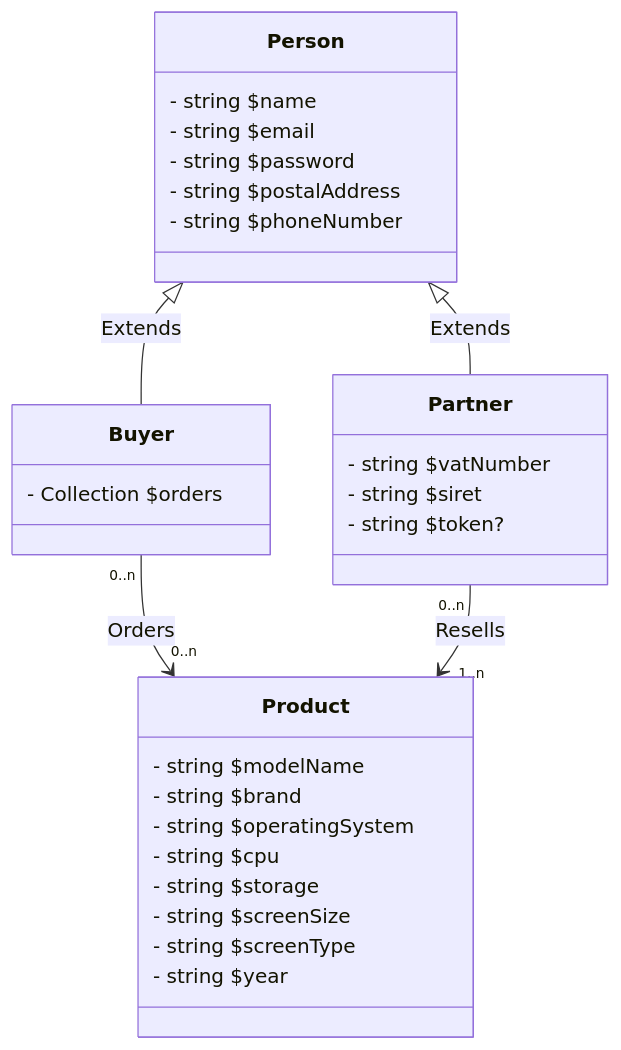
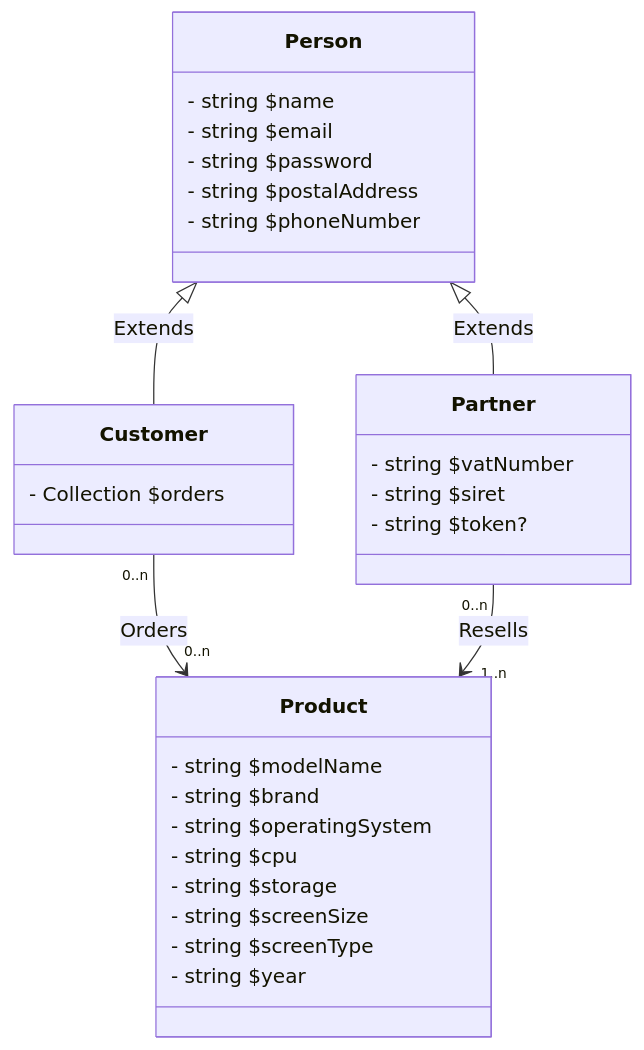
The diagram in doc/diagrams/classes.md (Palingenae/OC-P7-BileMo), drawn with Mermaid before and after one commit. The commit also changed 1 other file, not shown here.

Commit message:
fix: rename buyer to customer

````diff
--- a/doc/diagrams/classes.md
+++ b/doc/diagrams/classes.md
@@ -1,35 +1,35 @@
 ```mermaid
     classDiagram
-        Person <|-- Buyer: Extends
+        Person <|-- Customer: Extends
         Person <|-- Partner: Extends
-        Buyer "0..n" --> "0..n" Product: Orders
+        Customer "0..n" --> "0..n" Product: Orders
         Partner "0..n" --> "1..n" Product: Resells
         class Person {
             - string $name
             - string $email
             - string $password
             - string $postalAddress
             - string $phoneNumber
         }
         %% Those who will order the products %%
-        class Buyer {
+        class Customer {
             - Collection<Product> $orders
         }
         %% As in BileMo's Commercial Partner %%
         class Partner {
             - string $vatNumber
             - string $siret
             - string $token?
         }
         %% Asserting that they will only make a phone catalog %%
         class Product {
             - string $modelName
             - string $brand
             - string $operatingSystem
             - string $cpu
             - string $storage
             - string $screenSize
             - string $screenType
             - string $year
         }
 ```
````
